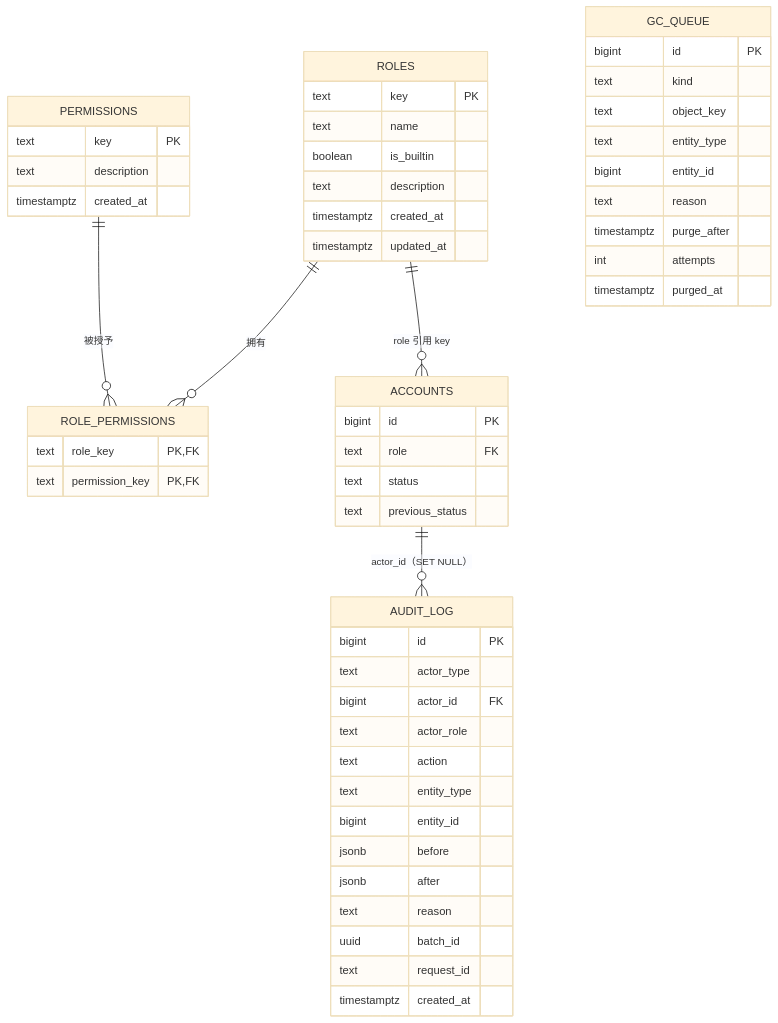
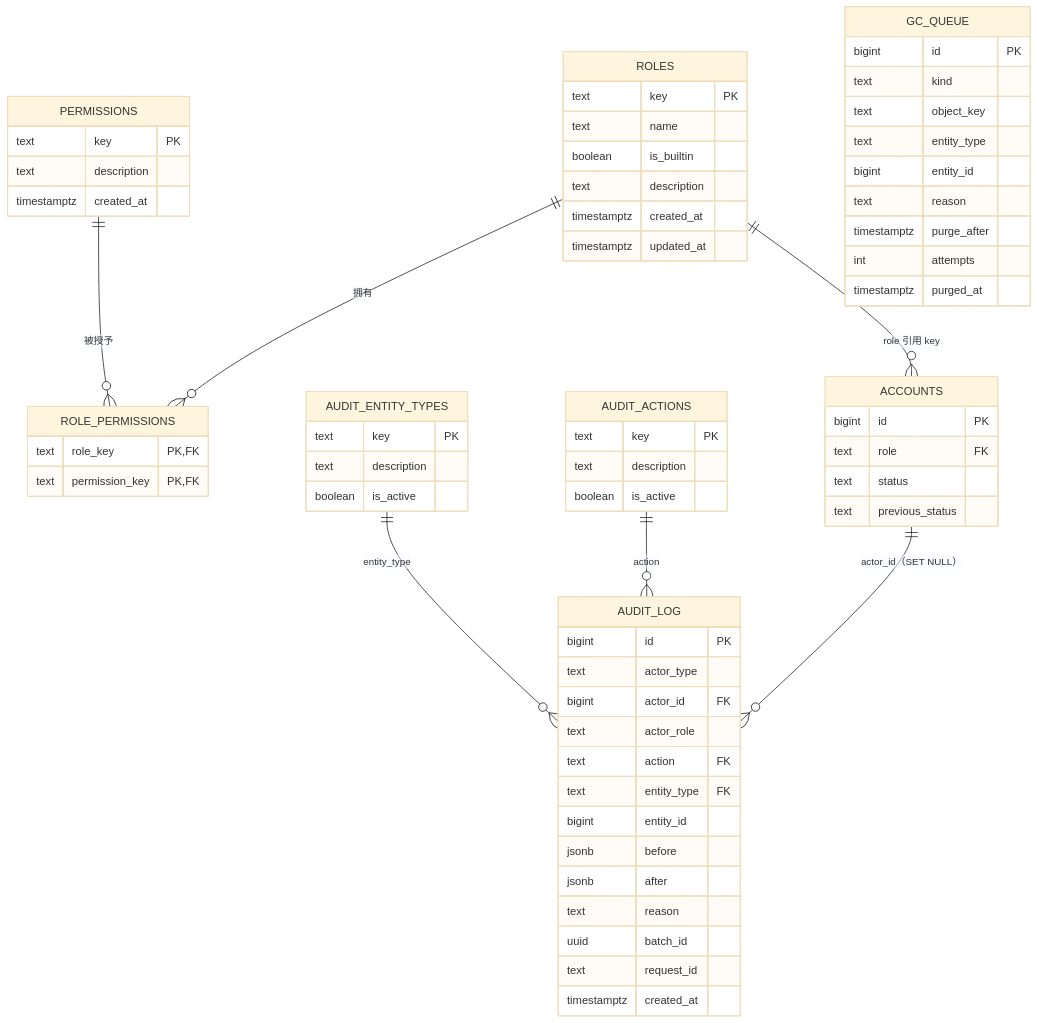
Before and after one commit to deepdemos/ds-demos-showcase: the third of 7 diagrams in docs/治理域设计.md, drawn with Mermaid (base theme). The commit also changed other lines of this file, not shown here.

````diff
--- a/docs/治理域设计.md
+++ b/docs/治理域设计.md
@@ -392,57 +425,69 @@
 ```mermaid
 erDiagram
     ROLES {
         text key PK
         text name
         boolean is_builtin
         text description
         timestamptz created_at
         timestamptz updated_at
     }
     PERMISSIONS {
         text key PK
         text description
         timestamptz created_at
     }
     ROLE_PERMISSIONS {
         text role_key PK,FK
         text permission_key PK,FK
     }
+    AUDIT_ACTIONS {
+        text key PK
+        text description
+        boolean is_active
+    }
+    AUDIT_ENTITY_TYPES {
+        text key PK
+        text description
+        boolean is_active
+    }
     AUDIT_LOG {
         bigint id PK
         text actor_type
         bigint actor_id FK
         text actor_role
-        text action
-        text entity_type
+        text action FK
+        text entity_type FK
         bigint entity_id
         jsonb before
         jsonb after
         text reason
         uuid batch_id
         text request_id
         timestamptz created_at
     }
     GC_QUEUE {
         bigint id PK
         text kind
         text object_key
         text entity_type
         bigint entity_id
         text reason
         timestamptz purge_after
         int attempts
         timestamptz purged_at
     }
     ACCOUNTS {
         bigint id PK
         text role FK
         text status
         text previous_status
     }
 
     ROLES ||--o{ ROLE_PERMISSIONS : "拥有"
     PERMISSIONS ||--o{ ROLE_PERMISSIONS : "被授予"
     ROLES ||--o{ ACCOUNTS : "role 引用 key"
     ACCOUNTS ||--o{ AUDIT_LOG : "actor_id（SET NULL）"
+    AUDIT_ACTIONS ||--o{ AUDIT_LOG : "action"
+    AUDIT_ENTITY_TYPES ||--o{ AUDIT_LOG : "entity_type"
 ```
````
